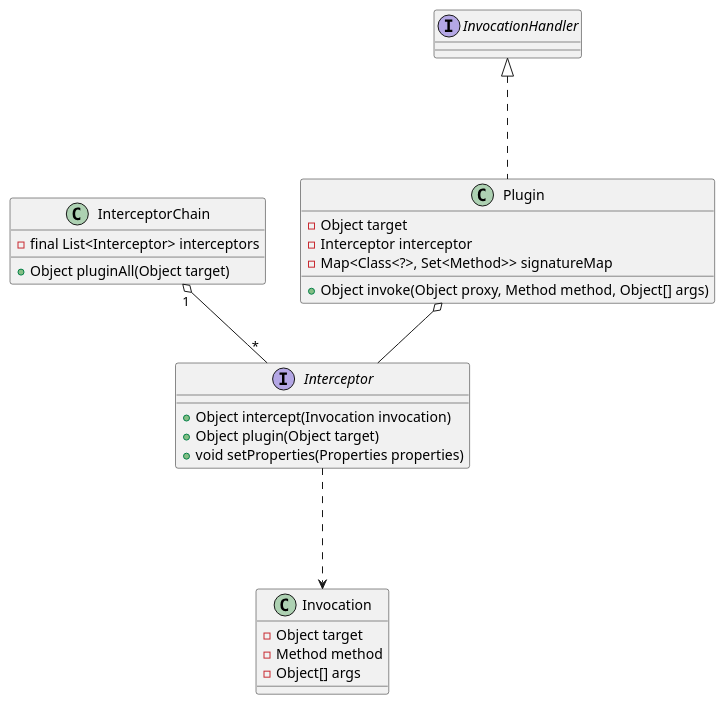
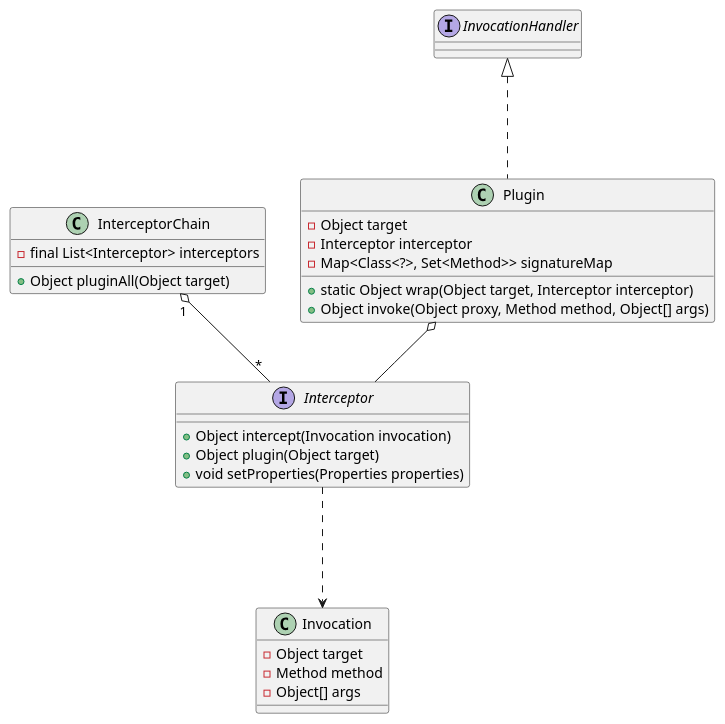
Before and after one commit to onlyonion/development: the diagram in 20-framework/src/mybatis/mybatis/plugin/README.md, drawn with PlantUML. The commit also changed other lines of this file and 54 other files, not shown here.

````diff
--- a/20-framework/src/mybatis/mybatis/plugin/README.md
+++ b/20-framework/src/mybatis/mybatis/plugin/README.md
@@ -16,38 +20,39 @@
 ```plantuml
 @startuml
 
 ''''''''''''''''''''''' 拦截器 '''''''''''''''''''''''''''
 interface Interceptor {
     + Object intercept(Invocation invocation)
     + Object plugin(Object target)
     + void setProperties(Properties properties)
 }
 Interceptor -.-> Invocation
 
 ''''''''''''''''''''''' 拦截器链 '''''''''''''''''''''''''''
 class InterceptorChain {
     - final List<Interceptor> interceptors
     + Object pluginAll(Object target)
 }
 InterceptorChain "1" o-- "*" Interceptor
 
 ''''''''''''''''''''''' 调用器 '''''''''''''''''''''''''''
 class Invocation {
     - Object target
     - Method method
     - Object[] args
 }
 
 ''''''''''''''''''''''' 插件（增强逻辑） '''''''''''''''''''''''''''
 interface InvocationHandler
 class Plugin {
     - Object target
     - Interceptor interceptor
     - Map<Class<?>, Set<Method>> signatureMap
+    + static Object wrap(Object target, Interceptor interceptor)
     + Object invoke(Object proxy, Method method, Object[] args)
 }
 Plugin o-- Interceptor
 InvocationHandler <|-.- Plugin
 
 @enduml
 ```
````
